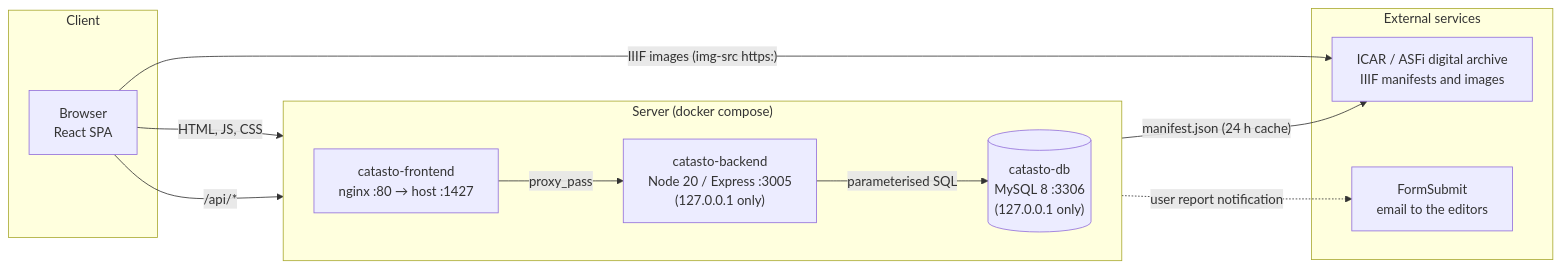
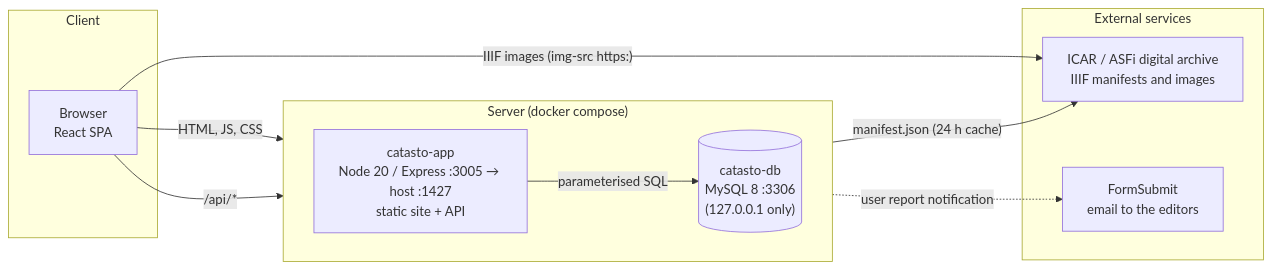
The first of 4 diagrams in docs/en/architecture.md (AntonioOrf/Catasto), drawn with Mermaid before and after one commit. The commit also changed other lines of this file and 23 other files, not shown here.

First line of the commit message:
Docker: un'unica immagine per sito e API, senza nginx

````diff
--- a/docs/en/architecture.md
+++ b/docs/en/architecture.md
@@ -29,26 +29,24 @@
 ```mermaid
 flowchart LR
     subgraph Client
       B[Browser<br/>React SPA]
     end
 
     subgraph Server["Server (docker compose)"]
       direction LR
-      N["catasto-frontend<br/>nginx :80 → host :1427"]
-      A["catasto-backend<br/>Node 20 / Express :3005<br/>(127.0.0.1 only)"]
+      A["catasto-app<br/>Node 20 / Express :3005 → host :1427<br/>static site + API"]
       D[("catasto-db<br/>MySQL 8 :3306<br/>(127.0.0.1 only)")]
     end
 
     subgraph External["External services"]
       I["ICAR / ASFi digital archive<br/>IIIF manifests and images"]
       F["FormSubmit<br/>email to the editors"]
     end
 
-    B -- "HTML, JS, CSS" --> N
-    B -- "/api/*" --> N
-    N -- "proxy_pass" --> A
+    B -- "HTML, JS, CSS" --> A
+    B -- "/api/*" --> A
     A -- "parameterised SQL" --> D
     A -- "manifest.json (24 h cache)" --> I
     B -- "IIIF images (img-src https:)" --> I
     A -. "user report notification" .-> F
 ```
````
